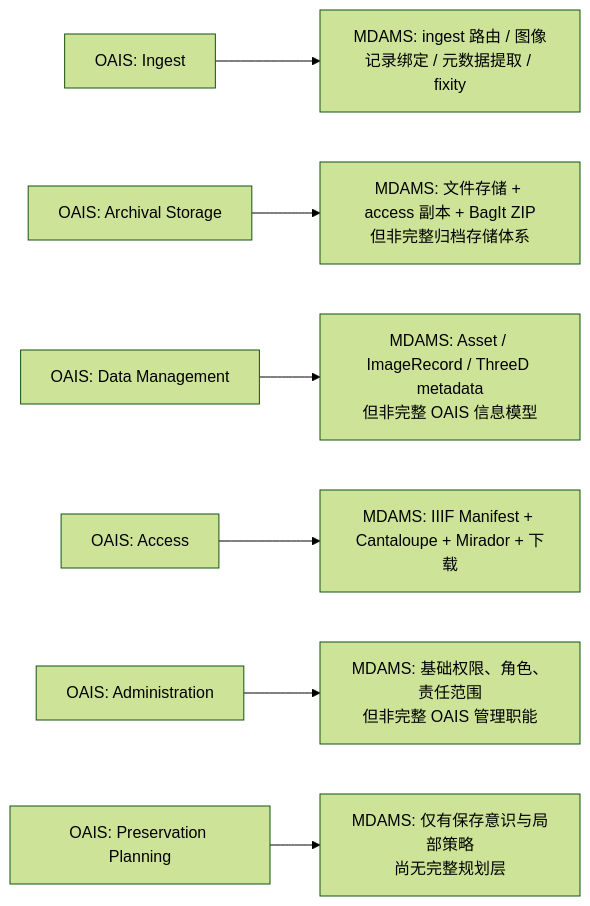
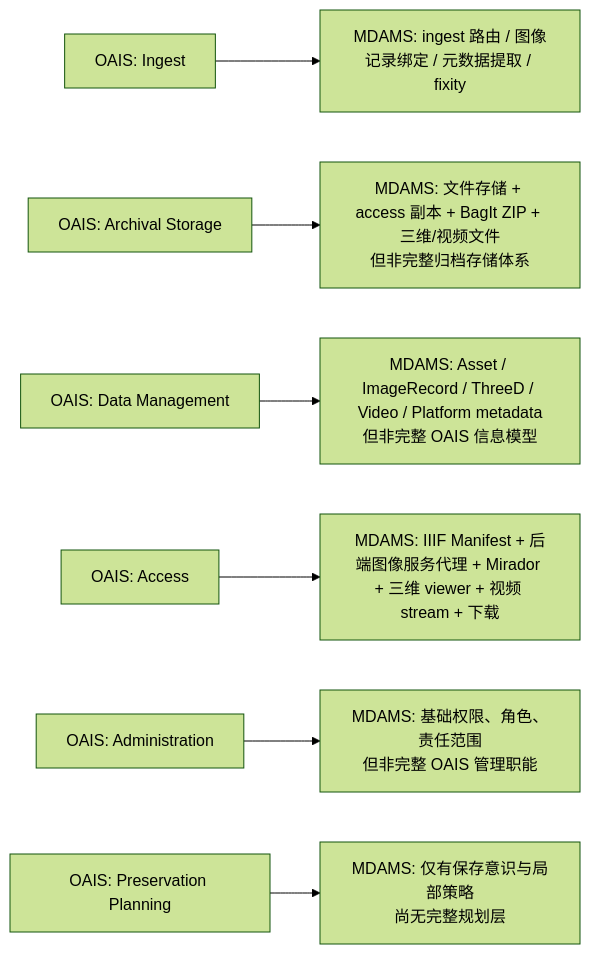
Before and after one commit to bigheadhenry/mdams-prototype: the diagram in docs/08-研究/OAIS范围对照（OAIS_SCOPE_MAP）.md, drawn with Mermaid (forest theme). The commit also changed other lines of this file and 52 other files, not shown here.

````diff
--- a/docs/08-研究/OAIS范围对照（OAIS_SCOPE_MAP）.md
+++ b/docs/08-研究/OAIS范围对照（OAIS_SCOPE_MAP）.md
@@ -28,9 +30,9 @@
 ```mermaid
 flowchart LR
     Ingest["OAIS: Ingest"] --> MDAMSIngest["MDAMS: ingest 路由 / 图像记录绑定 / 元数据提取 / fixity"]
-    Storage["OAIS: Archival Storage"] --> MDAMSStorage["MDAMS: 文件存储 + access 副本 + BagIt ZIP\n但非完整归档存储体系"]
-    DataMgmt["OAIS: Data Management"] --> MDAMSData["MDAMS: Asset / ImageRecord / ThreeD metadata\n但非完整 OAIS 信息模型"]
-    Access["OAIS: Access"] --> MDAMSAccess["MDAMS: IIIF Manifest + Cantaloupe + Mirador + 下载"]
+    Storage["OAIS: Archival Storage"] --> MDAMSStorage["MDAMS: 文件存储 + access 副本 + BagIt ZIP + 三维/视频文件\n但非完整归档存储体系"]
+    DataMgmt["OAIS: Data Management"] --> MDAMSData["MDAMS: Asset / ImageRecord / ThreeD / Video / Platform metadata\n但非完整 OAIS 信息模型"]
+    Access["OAIS: Access"] --> MDAMSAccess["MDAMS: IIIF Manifest + 后端图像服务代理 + Mirador + 三维 viewer + 视频 stream + 下载"]
     Admin["OAIS: Administration"] --> MDAMSAdmin["MDAMS: 基础权限、角色、责任范围\n但非完整 OAIS 管理职能"]
     Planning["OAIS: Preservation Planning"] --> MDAMSPlan["MDAMS: 仅有保存意识与局部策略\n尚无完整规划层"]
 ```
````
